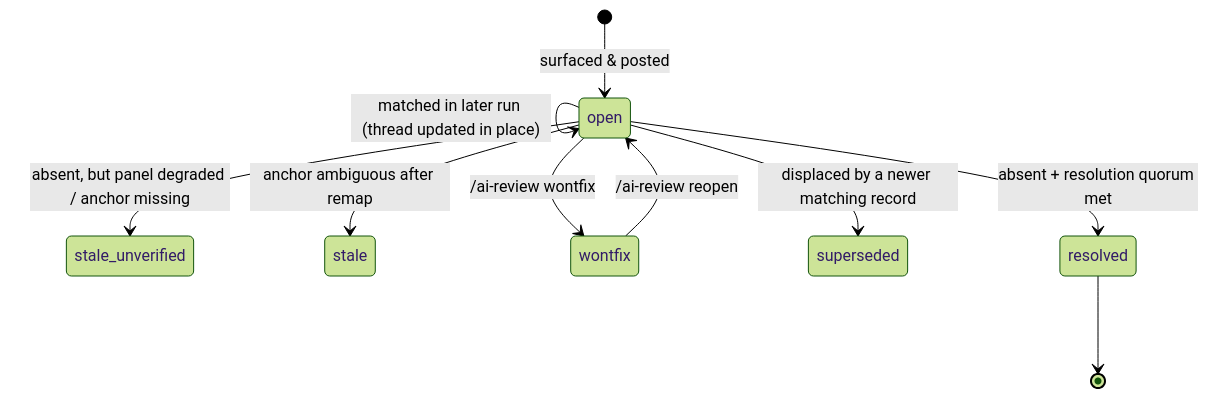
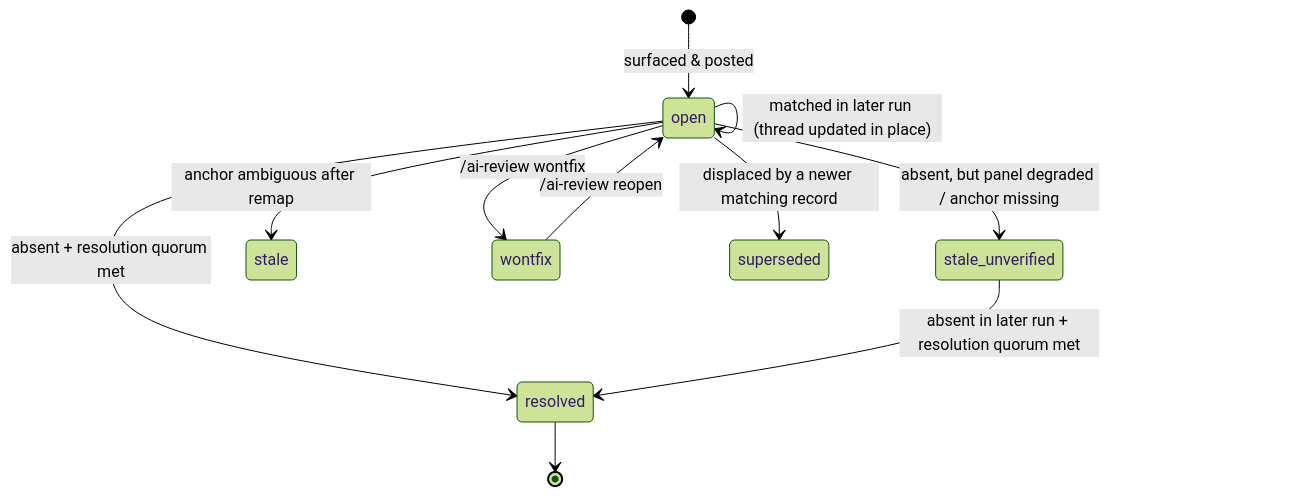
The diagram in docs/REVISION_LIFECYCLE.md (seanleecoder/code-tribunal), drawn with Mermaid (forest theme) before and after one commit. The commit also changed other lines of this file and 13 other files, not shown here.

````diff
--- a/docs/REVISION_LIFECYCLE.md
+++ b/docs/REVISION_LIFECYCLE.md
@@ -129,12 +132,13 @@
 ```mermaid
 stateDiagram-v2
     [*] --> open: surfaced & posted
     open --> open: matched in later run (thread updated in place)
     open --> resolved: absent + resolution quorum met
     open --> stale_unverified: absent, but panel degraded / anchor missing
+    stale_unverified --> resolved: absent in later run + resolution quorum met
     open --> stale: anchor ambiguous after remap
     open --> wontfix: /ai-review wontfix
     wontfix --> open: /ai-review reopen
     open --> superseded: displaced by a newer matching record
     resolved --> [*]
 ```
````
